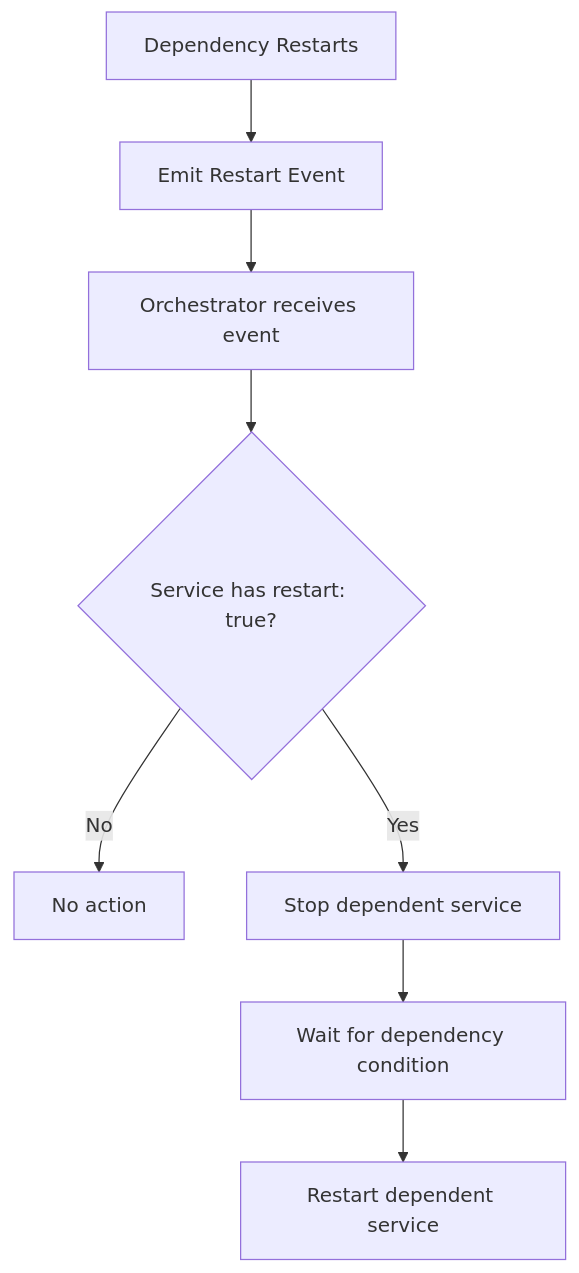
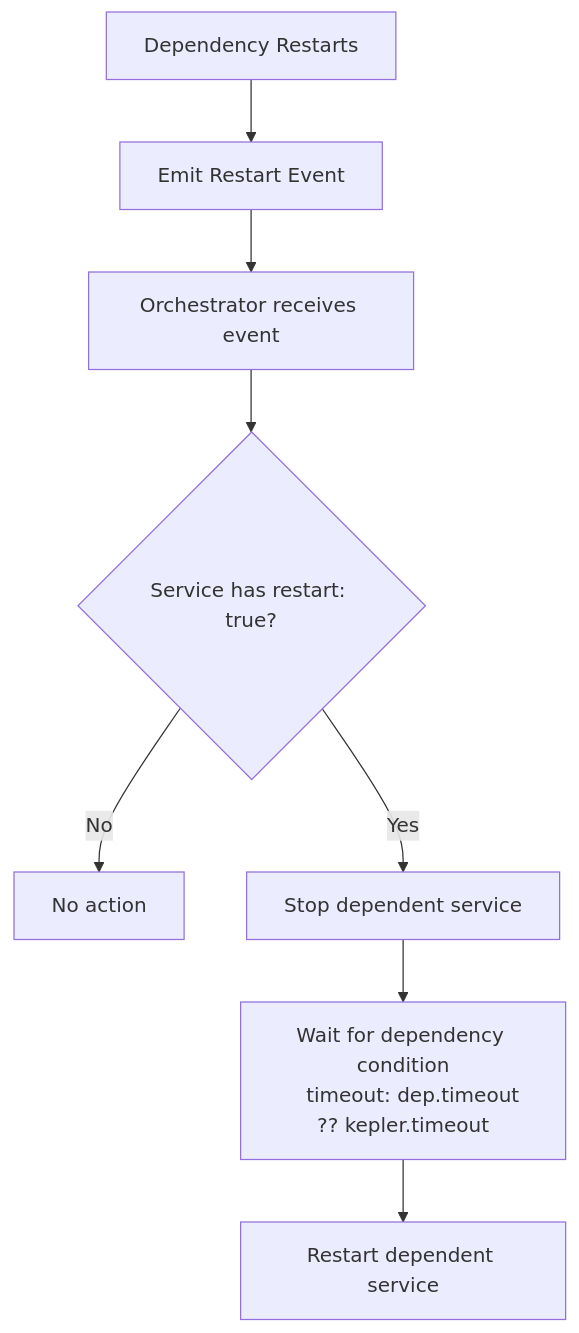
One commit to maleus-ai/kepler changed the fifth of 12 diagrams in ARCHITECTURE.md. Above: the diagram before and after it, drawn with Mermaid. The commit also changed other lines of this file and 35 other files, not shown here.

Commit message:
Implement more condition for service dependency and system for --wait --detach flag combination allowing to identify which service can be waited for during startup based on topology

````diff
--- a/ARCHITECTURE.md
+++ b/ARCHITECTURE.md
@@ -286,10 +310,11 @@
 ```mermaid
 flowchart TD
     A[Dependency Restarts] --> B[Emit Restart Event]
     B --> C[Orchestrator receives event]
     C --> D{Service has restart: true?}
     D -->|No| E[No action]
     D -->|Yes| F[Stop dependent service]
-    F --> G[Wait for dependency condition]
+    F --> G[Wait for dependency condition
+    timeout: dep.timeout ?? kepler.timeout]
     G --> H[Restart dependent service]
 ```
````
